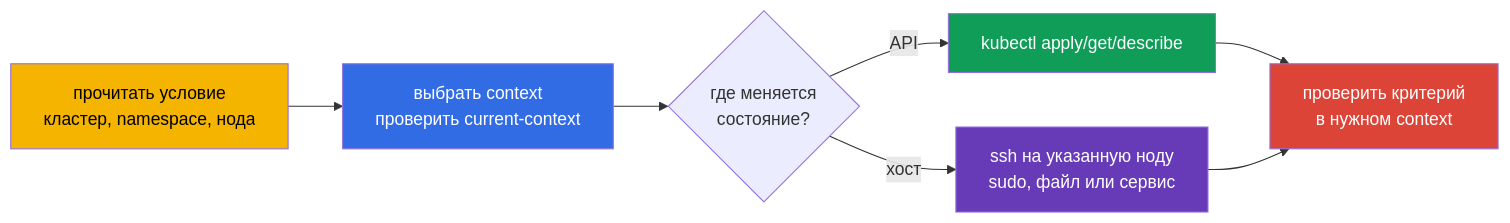
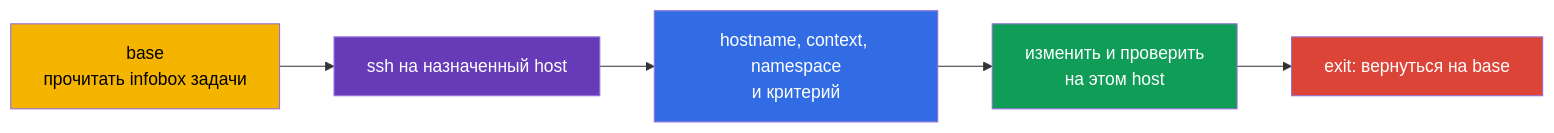
One commit to ViktorUJ/cks changed the first of 3 diagrams in tasks/cks/course/33/ru.md. Above: the diagram before and after it, drawn with Mermaid. The commit also changed other lines of this file and 32 other files, not shown here.

````diff
--- a/tasks/cks/course/33/ru.md
+++ b/tasks/cks/course/33/ru.md
@@ -15,14 +15,12 @@
 ```mermaid
 flowchart LR
-    task["прочитать условие\nкластер, namespace, нода"] --> ctx["выбрать context\nпроверить current-context"]
-    ctx --> place{"где меняется\nсостояние?"}
-    place -->|"API"| kubectl["kubectl apply/get/describe"]
-    place -->|"хост"| ssh["ssh на указанную ноду\nsudo, файл или сервис"]
-    kubectl --> verify["проверить критерий\nв нужном context"]
-    ssh --> verify
-    style task fill:#f4b400,color:#000
-    style ctx fill:#326ce5,color:#fff
-    style kubectl fill:#0f9d58,color:#fff
+    base["base\nпрочитать infobox задачи"] --> ssh["ssh на назначенный host"]
+    ssh --> scope["hostname, context, namespace\nи критерий"]
+    scope --> change["изменить и проверить\nна этом host"]
+    change --> exit["exit: вернуться на base"]
+    style base fill:#f4b400,color:#000
     style ssh fill:#673ab7,color:#fff
-    style verify fill:#db4437,color:#fff
+    style scope fill:#326ce5,color:#fff
+    style change fill:#0f9d58,color:#fff
+    style exit fill:#db4437,color:#fff
 ```
````
